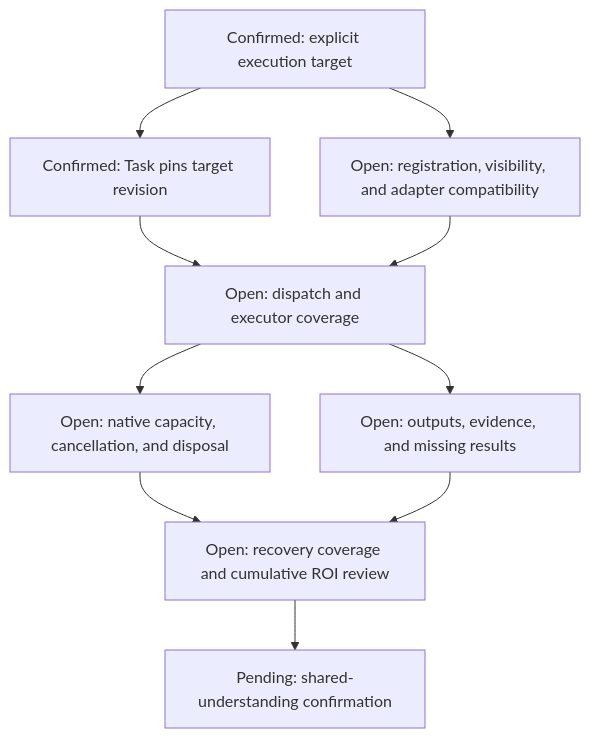
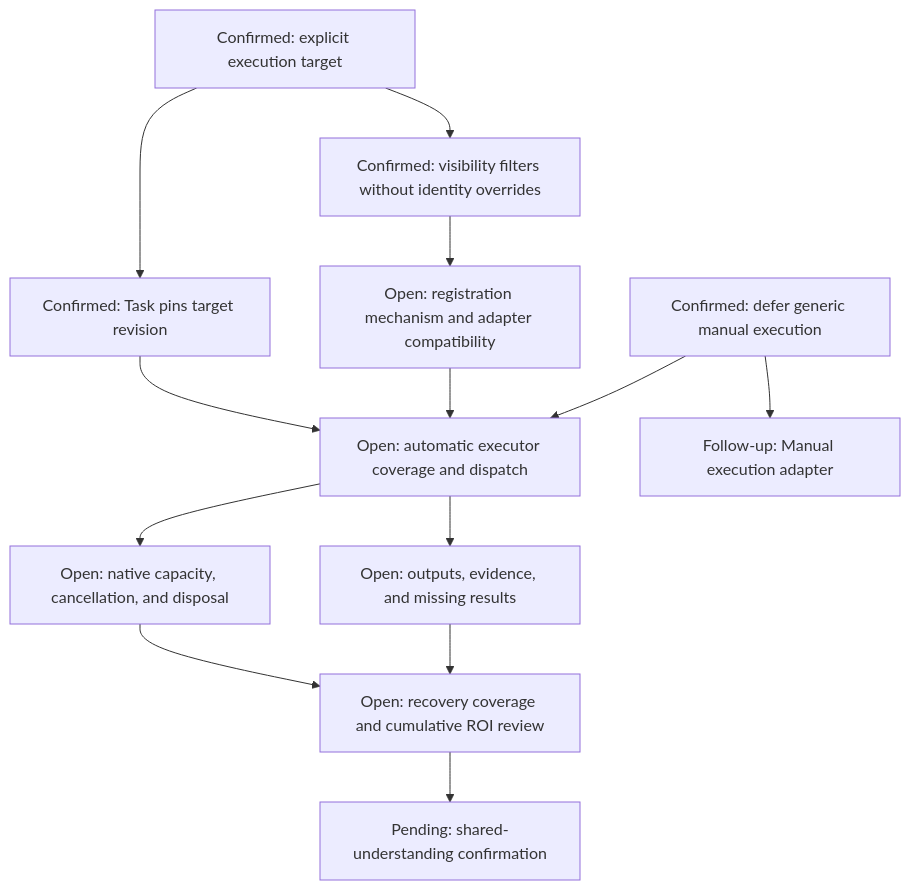
One commit to McKenzieIT/deepseek-harness-da changed the diagram in wayfinder/task-orchestration-dag/tickets/G17-native-source-adapters.md. Above: the diagram before and after it, drawn with Mermaid. The commit also changed other lines of this file and 1 other file, not shown here.

First line of the commit message:
docs(task-dag): preserve G17 executor adapter checkpoint

````diff
--- a/wayfinder/task-orchestration-dag/tickets/G17-native-source-adapters.md
+++ b/wayfinder/task-orchestration-dag/tickets/G17-native-source-adapters.md
@@ -39,12 +39,15 @@
 ```mermaid
 flowchart TD
     Q1[Confirmed: explicit execution target] --> Q2[Confirmed: Task pins target revision]
-    Q1 --> R[Open: registration, visibility, and adapter compatibility]
-    Q2 --> D[Open: dispatch and executor coverage]
+    Q1 --> Q3[Confirmed: visibility filters without identity overrides]
+    Q3 --> R[Open: registration mechanism and adapter compatibility]
+    Q2 --> D[Open: automatic executor coverage and dispatch]
     R --> D
+    Q4[Confirmed: defer generic manual execution] --> D
+    Q4 --> F[Follow-up: Manual execution adapter]
     D --> C[Open: native capacity, cancellation, and disposal]
     D --> O[Open: outputs, evidence, and missing results]
     C --> V[Open: recovery coverage and cumulative ROI review]
     O --> V
     V --> H[Pending: shared-understanding confirmation]
 ```
````
